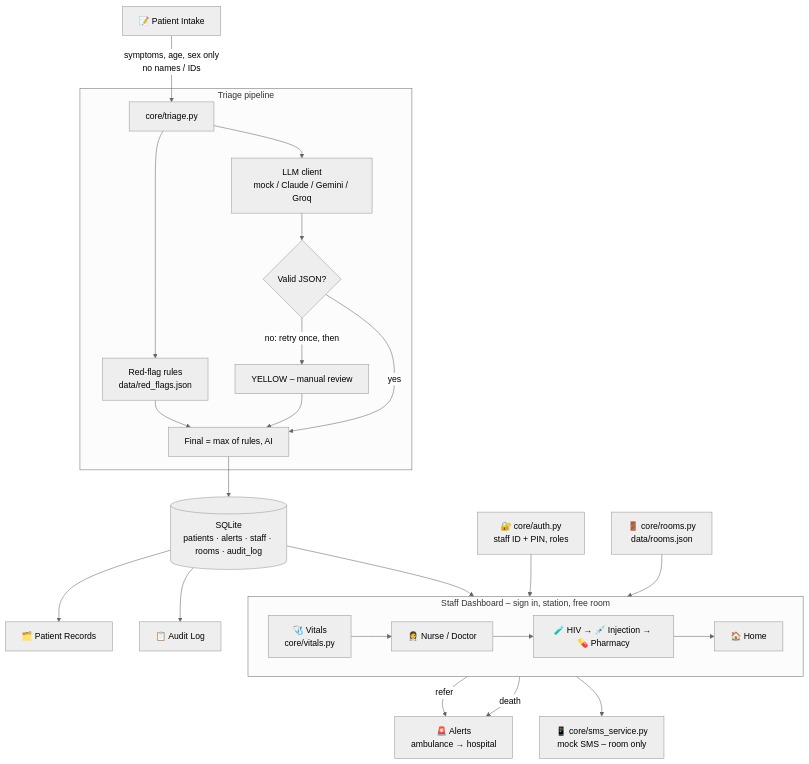
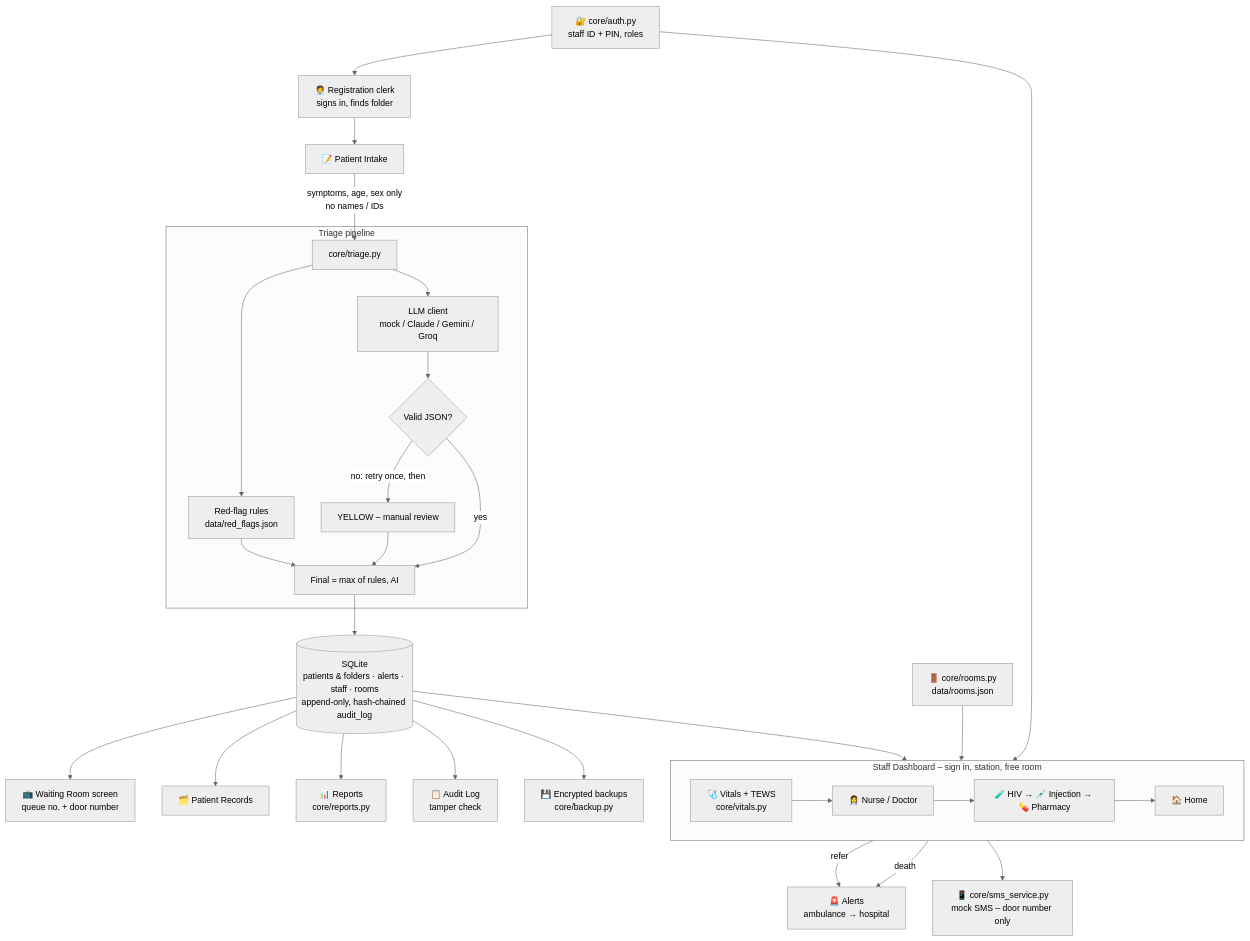
Before and after one commit to Dikeledi-K/AI_Solution: the second of 2 diagrams in clinicq/README.md, drawn with Mermaid (neutral theme).

Commit message:
Update architecture diagram for clerk registration, TEWS, waiting-room screen, reports and backups

````diff
--- a/clinicq/README.md
+++ b/clinicq/README.md
@@ -172,28 +172,33 @@
 ```mermaid
 flowchart TD
+    CLERK[🧑‍💼 Registration clerk<br/>signs in, finds folder] --> A
     A[📝 Patient Intake] -->|symptoms, age, sex only<br/>no names / IDs| B[core/triage.py]
     subgraph Triage [Triage pipeline]
         B --> C[Red-flag rules<br/>data/red_flags.json]
         B --> D[LLM client<br/>mock / Claude / Gemini / Groq]
         D --> V{Valid JSON?}
         V -->|no: retry once, then| F[YELLOW – manual review]
         C --> E[Final = max of rules, AI]
         V -->|yes| E
         F --> E
     end
-    E --> DB[(SQLite<br/>patients · alerts · staff · rooms · audit_log)]
+    E --> DB[(SQLite<br/>patients & folders · alerts · staff · rooms<br/>append-only, hash-chained audit_log)]
 
     subgraph Staff [Staff Dashboard – sign in, station, free room]
-        S1[🩺 Vitals<br/>core/vitals.py] --> S2[👩‍⚕️ Nurse / Doctor]
+        S1[🩺 Vitals + TEWS<br/>core/vitals.py] --> S2[👩‍⚕️ Nurse / Doctor]
         S2 --> S3[🧪 HIV → 💉 Injection → 💊 Pharmacy]
         S3 --> HM[🏠 Home]
     end
     DB --> Staff
     AUTH[🔐 core/auth.py<br/>staff ID + PIN, roles] --> Staff
+    AUTH --> CLERK
     ROOMS[🚪 core/rooms.py<br/>data/rooms.json] --> Staff
     Staff -->|refer| AL[🚨 Alerts<br/>ambulance → hospital]
     Staff -->|death| AL
-    Staff --> SMS[📱 core/sms_service.py<br/>mock SMS – room only]
+    Staff --> SMS[📱 core/sms_service.py<br/>mock SMS – door number only]
+    DB --> TV[📺 Waiting Room screen<br/>queue no. + door number]
     DB --> REC[🗂️ Patient Records]
-    DB --> LOG[📋 Audit Log]
+    DB --> RPT[📊 Reports<br/>core/reports.py]
+    DB --> LOG[📋 Audit Log<br/>tamper check]
+    DB --> BAK[💾 Encrypted backups<br/>core/backup.py]
 ```
````
